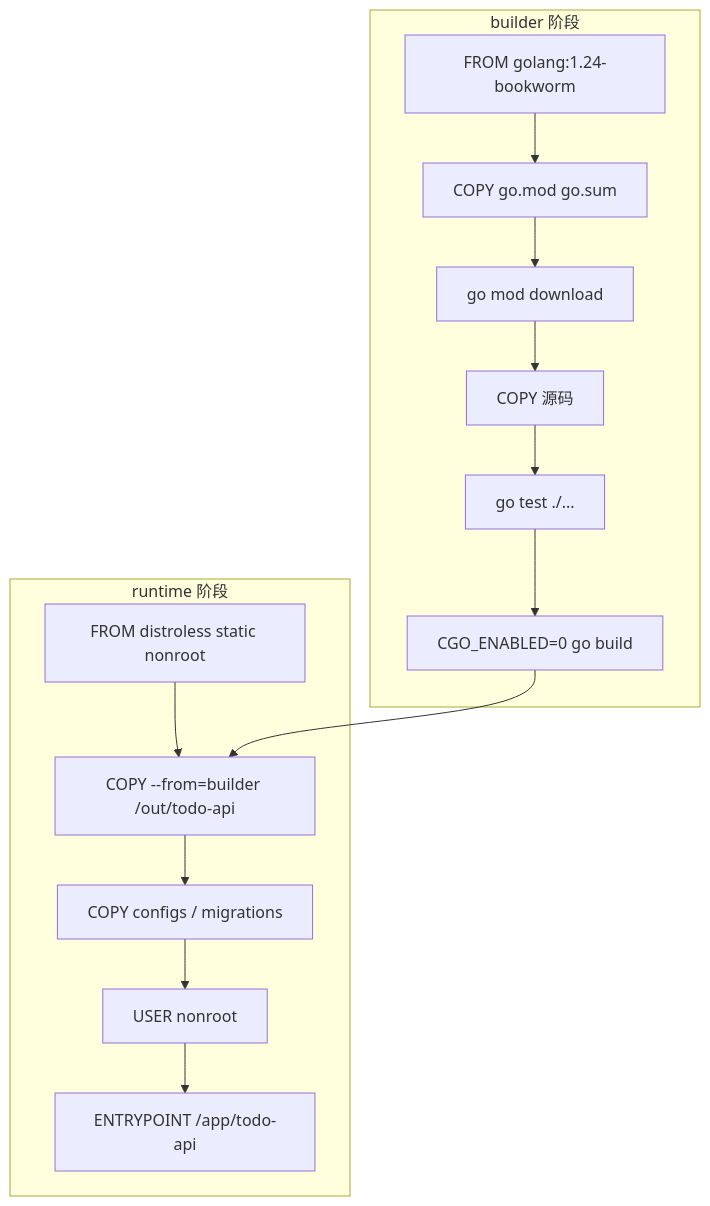
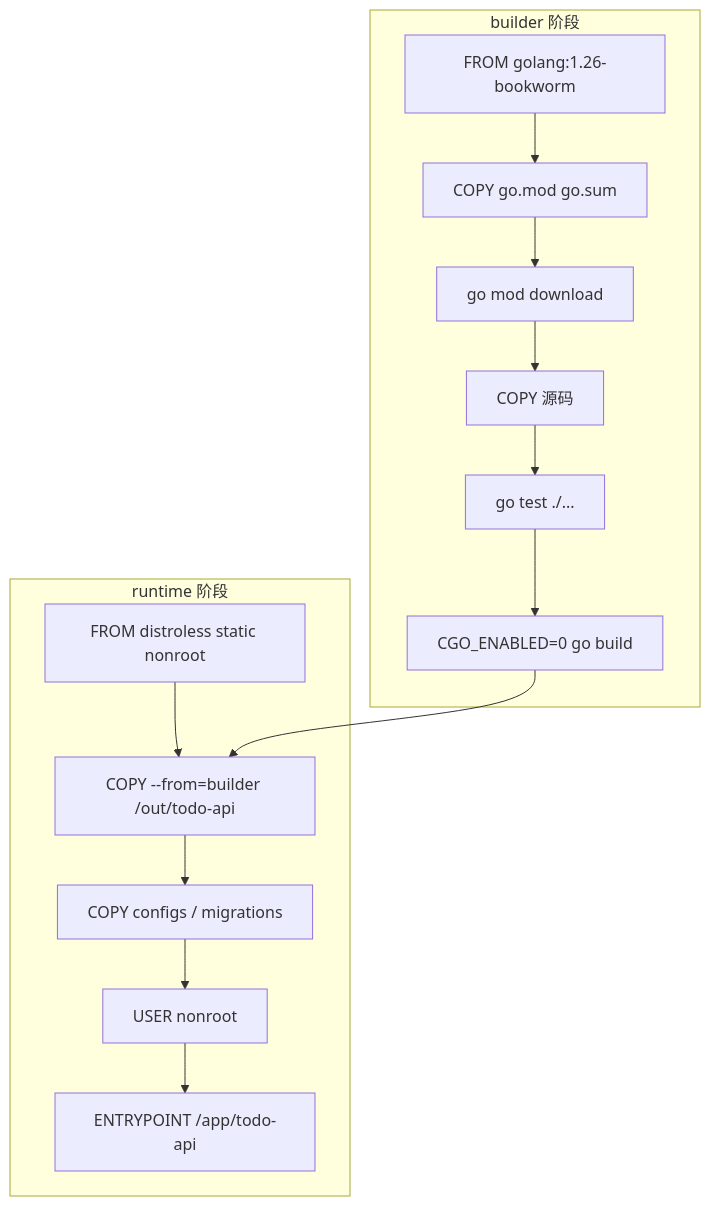
Before and after one commit to yleoer/cloud-native-todo-platform-docs: the second of 2 diagrams in docs/chapters/stage-03-docker/15-dockerfile.md, drawn with Mermaid. The commit also changed other lines of this file and 9 other files, not shown here.

````diff
--- a/docs/chapters/stage-03-docker/15-dockerfile.md
+++ b/docs/chapters/stage-03-docker/15-dockerfile.md
@@ -219,19 +219,19 @@
 ```mermaid
 flowchart TB
     subgraph Builder["builder 阶段"]
-        A["FROM golang:1.24-bookworm"] --> B["COPY go.mod go.sum"]
+        A["FROM golang:1.26-bookworm"] --> B["COPY go.mod go.sum"]
         B --> C["go mod download"]
         C --> D["COPY 源码"]
         D --> E["go test ./..."]
         E --> F["CGO_ENABLED=0 go build"]
     end
 
     subgraph Runtime["runtime 阶段"]
         G["FROM distroless static nonroot"] --> H["COPY --from=builder /out/todo-api"]
         H --> I["COPY configs / migrations"]
         I --> J["USER nonroot"]
         J --> K["ENTRYPOINT /app/todo-api"]
     end
 
     F --> H
 ```
````
